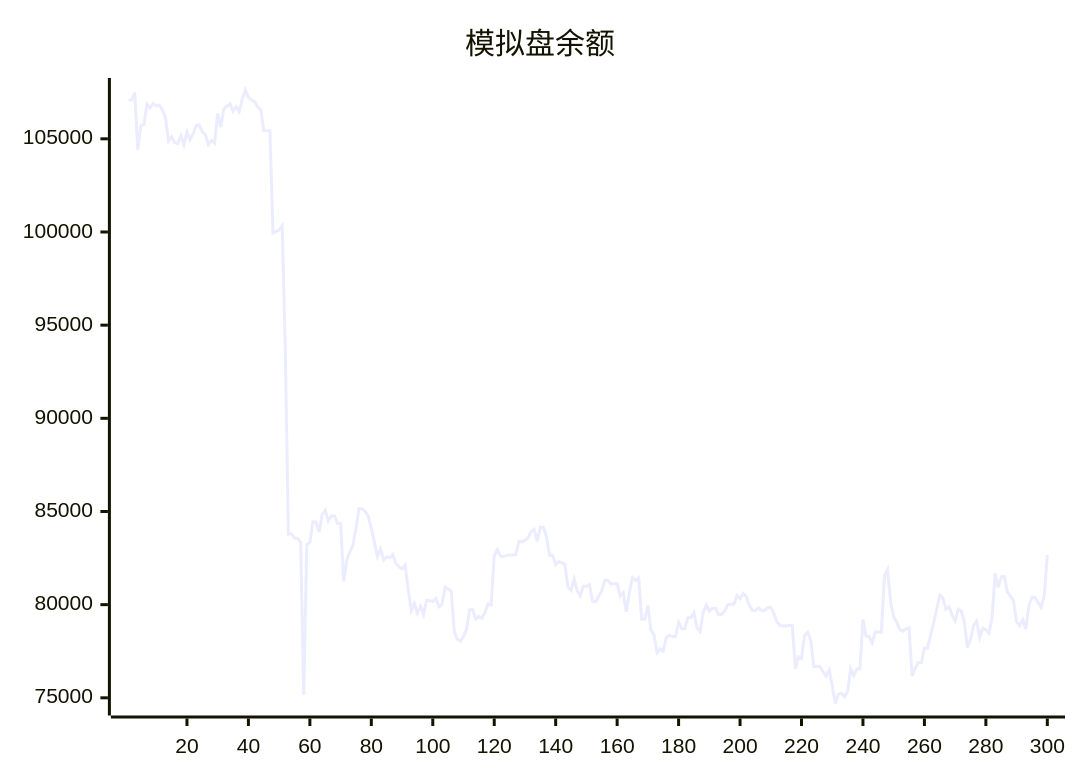
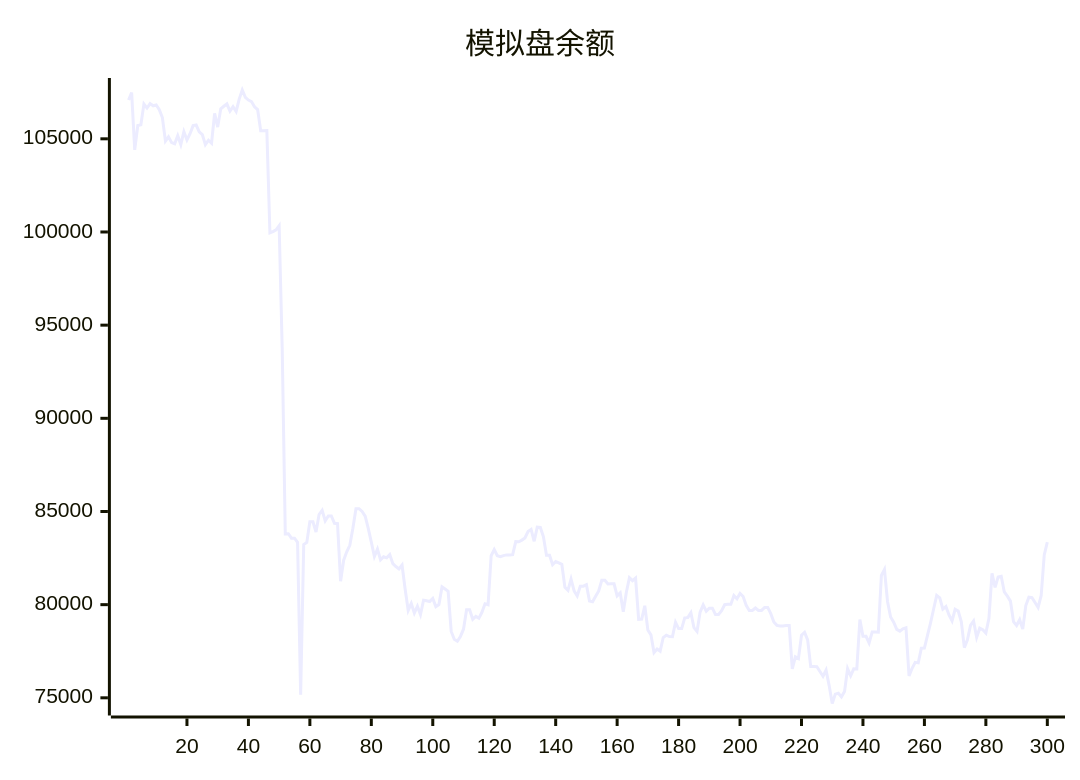
One commit to aahl/ai-trading changed the diagram in README.md. Above: the diagram before and after it, drawn with Mermaid. The commit also changed other lines of this file and 1 other file, not shown here.

````diff
--- a/README.md
+++ b/README.md
@@ -5,5 +5,5 @@
 ```mermaid
 xychart
     title "模拟盘余额"
-    line [107081,107081,107478,104404,105715,105749,106866,106651,106889,106771,106816,106565,106141,104876,105103,104796,104734,105169,104690,105380,104941,105272,105709,105739,105374,105227,104691,104924,104762,106364,105628,106608,106748,106872,106485,106721,106468,107132,107620,107224,107080,107001,106717,106567,105431,105431,105440,99950,100017,100113,100337,93749,83795,83807,83567,83567,83342,75168,83222,83336,84448,84449,83896,84839,85065,84499,84757,84757,84364,84347,81254,82385,82835,83184,84099,85150,85150,85002,84751,84096,83356,82582,82983,82404,82572,82512,82688,82200,82047,81920,82125,80840,79688,80060,79552,79920,79470,80236,80208,80170,80336,79894,80006,80954,80837,80712,78561,78139,78037,78293,78682,79720,79720,79214,79372,79279,79591,80046,79993,82625,82950,82626,82571,82633,82670,82670,82681,83386,83378,83464,83579,83920,84037,83402,84160,84142,83652,82655,82655,82145,82315,82243,82163,80934,80770,81371,80742,80468,80989,80989,81067,80191,80155,80450,80737,81309,81309,81106,81119,81119,80471,80631,79624,80670,81448,81290,81429,79212,79222,79940,78643,78380,77432,77623,77504,78235,78358,78284,78277,79048,78714,78714,79290,79308,79567,78763,78563,79603,79988,79652,79813,79813,79476,79469,79673,79995,80015,80015,80486,80314,80600,80436,79966,79689,79689,79819,79692,79692,79850,79850,79518,79071,78889,78850,78850,78878,78878,76554,77202,77103,78357,78510,78106,76678,76677,76672,76411,76159,76485,75656,74695,75197,75246,75052,75334,76564,76179,76553,76551,79196,78300,78300,77944,78531,78531,78521,81564,81884,80160,79335,79055,78675,78580,78708,78764,76179,76586,76902,76876,77658,77669,78346,79023,79769,80497,80366,79761,79896,79448,79126,79749,79658,79097,77695,78114,78888,79126,78249,78738,78653,78478,79271,81680,80923,81488,81527,80681,80455,80190,79084,78879,79193,78686,79954,80403,80374,80118,79848,80491,82665]
+    line [107081,107478,104404,105715,105749,106866,106651,106889,106771,106816,106565,106141,104876,105103,104796,104734,105169,104690,105380,104941,105272,105709,105739,105374,105227,104691,104924,104762,106364,105628,106608,106748,106872,106485,106721,106468,107132,107620,107224,107080,107001,106717,106567,105431,105431,105440,99950,100017,100113,100337,93749,83795,83807,83567,83567,83342,75168,83222,83336,84448,84449,83896,84839,85065,84499,84757,84757,84364,84347,81254,82385,82835,83184,84099,85150,85150,85002,84751,84096,83356,82582,82983,82404,82572,82512,82688,82200,82047,81920,82125,80840,79688,80060,79552,79920,79470,80236,80208,80170,80336,79894,80006,80954,80837,80712,78561,78139,78037,78293,78682,79720,79720,79214,79372,79279,79591,80046,79993,82625,82950,82626,82571,82633,82670,82670,82681,83386,83378,83464,83579,83920,84037,83402,84160,84142,83652,82655,82655,82145,82315,82243,82163,80934,80770,81371,80742,80468,80989,80989,81067,80191,80155,80450,80737,81309,81309,81106,81119,81119,80471,80631,79624,80670,81448,81290,81429,79212,79222,79940,78643,78380,77432,77623,77504,78235,78358,78284,78277,79048,78714,78714,79290,79308,79567,78763,78563,79603,79988,79652,79813,79813,79476,79469,79673,79995,80015,80015,80486,80314,80600,80436,79966,79689,79689,79819,79692,79692,79850,79850,79518,79071,78889,78850,78850,78878,78878,76554,77202,77103,78357,78510,78106,76678,76677,76672,76411,76159,76485,75656,74695,75197,75246,75052,75334,76564,76179,76553,76551,79196,78300,78300,77944,78531,78531,78521,81564,81884,80160,79335,79055,78675,78580,78708,78764,76179,76586,76902,76876,77658,77669,78346,79023,79769,80497,80366,79761,79896,79448,79126,79749,79658,79097,77695,78114,78888,79126,78249,78738,78653,78478,79271,81680,80923,81488,81527,80681,80455,80190,79084,78879,79193,78686,79954,80403,80374,80118,79848,80491,82665,83351]
 ```
````
